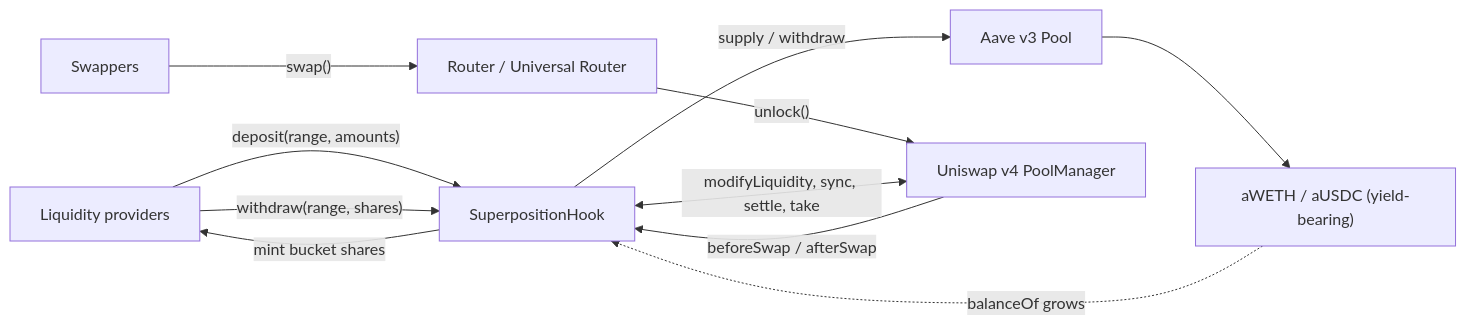
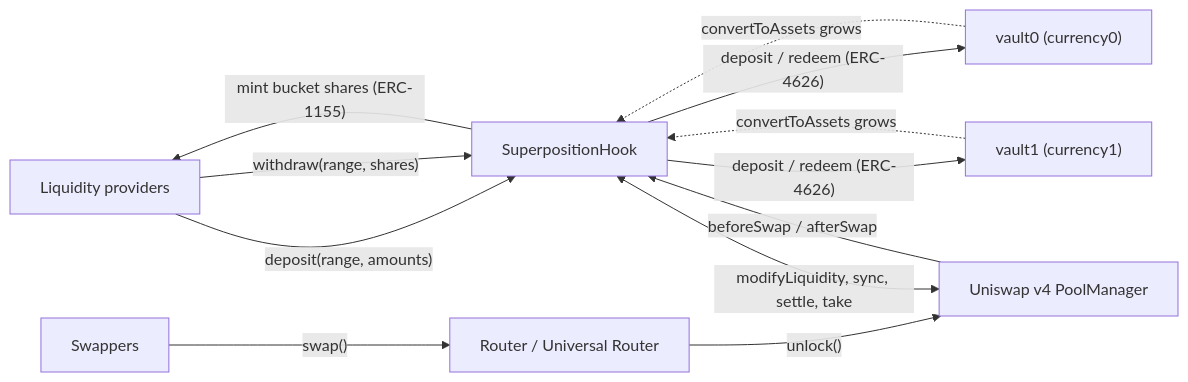
Before and after one commit to SolidityDrone/superposition-hook-uni-v4: the first of 4 diagrams in superposition-uni-v4-hook/README.md, drawn with Mermaid. The commit also changed other lines of this file and 7 other files, not shown here.

First line of the commit message:
feat!: protocol-agnostic ERC-4626 lending (any pair, any vault)

````diff
--- a/superposition-uni-v4-hook/README.md
+++ b/superposition-uni-v4-hook/README.md
@@ -70,15 +75,16 @@
 ```mermaid
 flowchart LR
     LP["Liquidity providers"] -->|"deposit(range, amounts)"| H["SuperpositionHook"]
-    H -->|"mint bucket shares"| LP
+    H -->|"mint bucket shares (ERC-1155)"| LP
     LP -->|"withdraw(range, shares)"| H
 
-    H -->|"supply / withdraw"| AAVE["Aave v3 Pool"]
-    AAVE --> AT["aWETH / aUSDC (yield-bearing)"]
-    AT -.->|"balanceOf grows"| H
+    H -->|"deposit / redeem (ERC-4626)"| V0["vault0 (currency0)"]
+    H -->|"deposit / redeem (ERC-4626)"| V1["vault1 (currency1)"]
+    V0 -.->|"convertToAssets grows"| H
+    V1 -.->|"convertToAssets grows"| H
 
     SW["Swappers"] -->|"swap()"| R["Router / Universal Router"]
     R -->|"unlock()"| PM["Uniswap v4 PoolManager"]
     PM -->|"beforeSwap / afterSwap"| H
     H <-->|"modifyLiquidity, sync, settle, take"| PM
 ```
````
